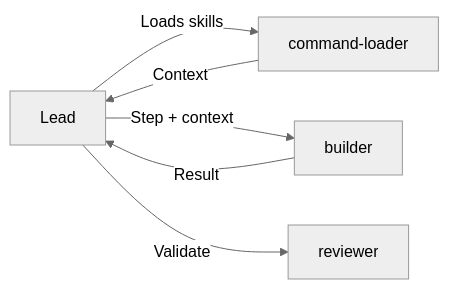
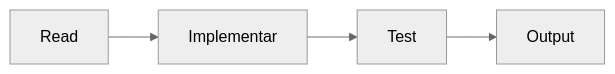
One commit to MaciWP/claude-code-poneglyph changed the diagram in .claude/agents/builder.md. Above: the diagram before and after it, drawn with Mermaid (neutral theme). The commit also changed other lines of this file and 23 other files, not shown here.

````diff
--- a/.claude/agents/builder.md
+++ b/.claude/agents/builder.md
@@ -243,8 +36,6 @@
 ```mermaid
 graph LR
-    L[Lead] --> |"Loads skills"| CL[command-loader]
-    CL --> |"Context"| L
-    L --> |"Step + context"| B[builder]
-    B --> |"Result"| L
-    L --> |"Validate"| R[reviewer]
+    R[Read] --> I[Implementar]
+    I --> T[Test]
+    T --> O[Output]
 ```
````
